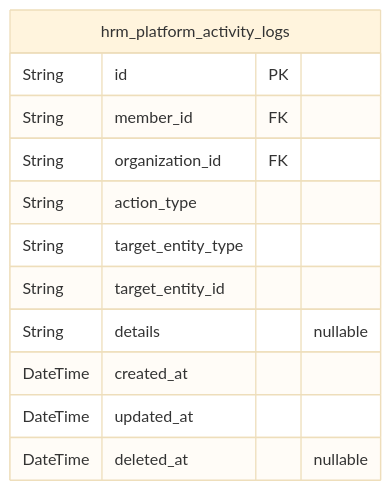
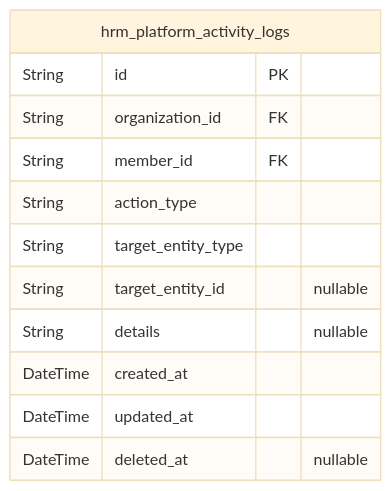
The sixth of 6 diagrams in qwen/qwen3.5-397b-a17b/erp/docs/ERD.md (wrtnlabs/autobe-examples), drawn with Mermaid (base theme) before and after one commit. The commit also changed other lines of this file and 9017 other files, not shown here.

````diff
--- a/qwen/qwen3.5-397b-a17b/erp/docs/ERD.md
+++ b/qwen/qwen3.5-397b-a17b/erp/docs/ERD.md
@@ -961,15 +734,15 @@
 ```mermaid
 erDiagram
 "hrm_platform_activity_logs" {
   String id PK
+  String organization_id FK
   String member_id FK
-  String organization_id FK
   String action_type
   String target_entity_type
-  String target_entity_id
+  String target_entity_id "nullable"
   String details "nullable"
   DateTime created_at
   DateTime updated_at
   DateTime deleted_at "nullable"
 }
 ```
````
